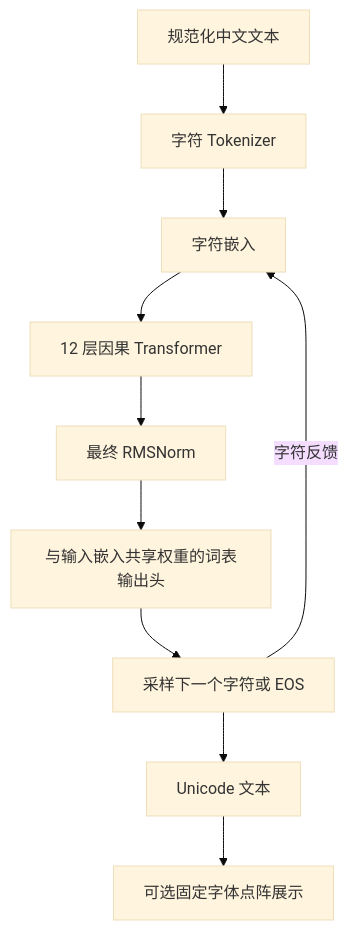
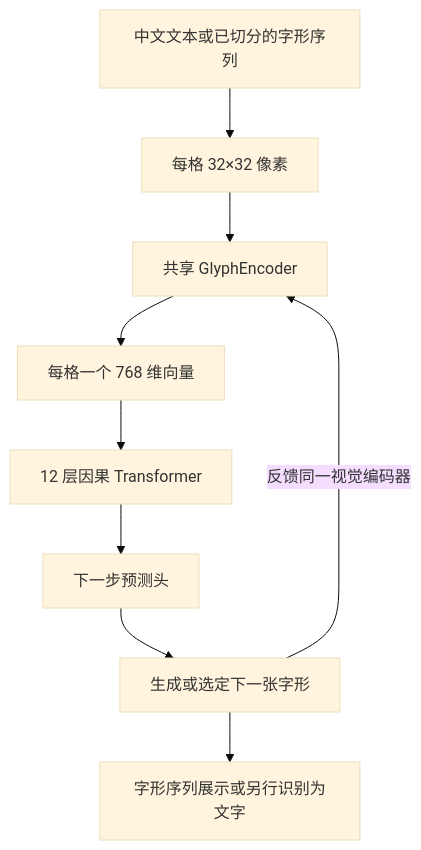
Before and after one commit to zaipax/HansGPT: the first of 2 diagrams in HANSGPT_MODEL_AND_DATA_DESIGN.md, drawn with Mermaid (base theme). The commit also changed other lines of this file and 1 other file, not shown here.

Commit message:
docs: redesign HansGPT around native glyph inputs

````diff
--- a/HANSGPT_MODEL_AND_DATA_DESIGN.md
+++ b/HANSGPT_MODEL_AND_DATA_DESIGN.md
@@ -82,12 +94,11 @@
 ```mermaid
 flowchart TD
-    A[规范化中文文本] --> B[字符 Tokenizer]
-    B --> C[字符嵌入]
-    C --> D[12 层因果 Transformer]
-    D --> E[最终 RMSNorm]
-    E --> F[与输入嵌入共享权重的词表输出头]
-    F --> G[采样下一个字符或 EOS]
-    G -->|字符反馈| C
-    G --> H[Unicode 文本]
-    H --> I[可选固定字体点阵展示]
+    A[中文文本或已切分的字形序列] --> B[每格 32×32 像素]
+    B --> C[共享 GlyphEncoder]
+    C --> D[每格一个 768 维向量]
+    D --> E[12 层因果 Transformer]
+    E --> F[下一步预测头]
+    F --> G[生成或选定下一张字形]
+    G -->|反馈同一视觉编码器| C
+    G --> H[字形序列展示或另行识别为文字]
 ```
````
